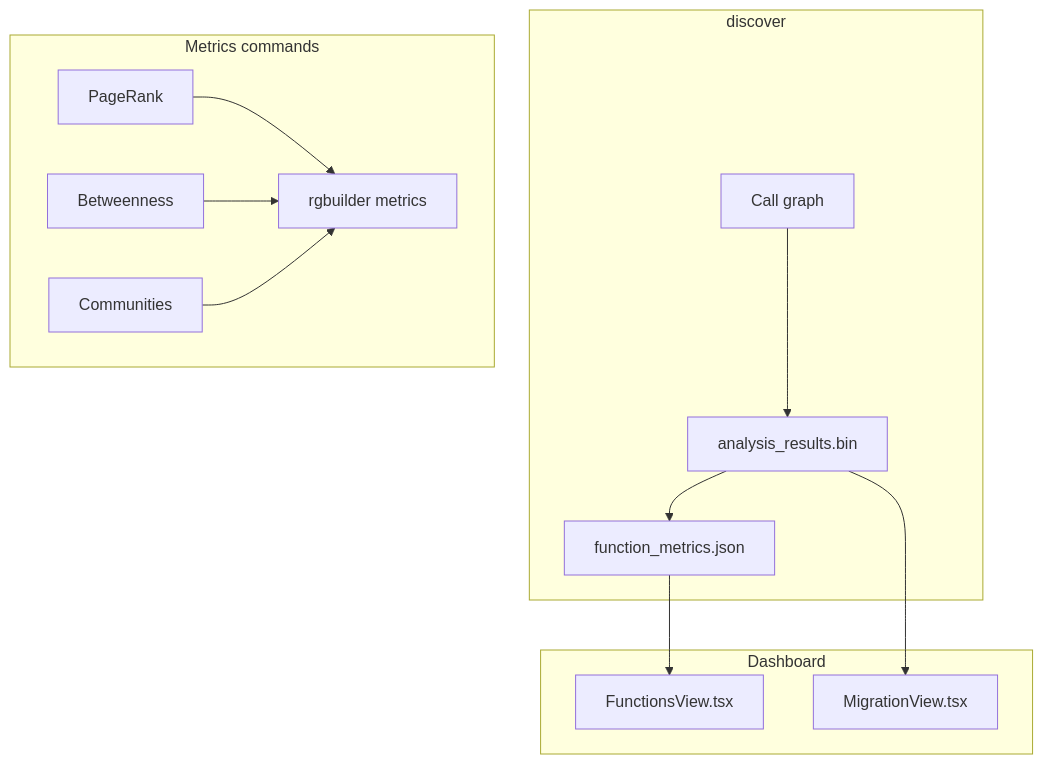
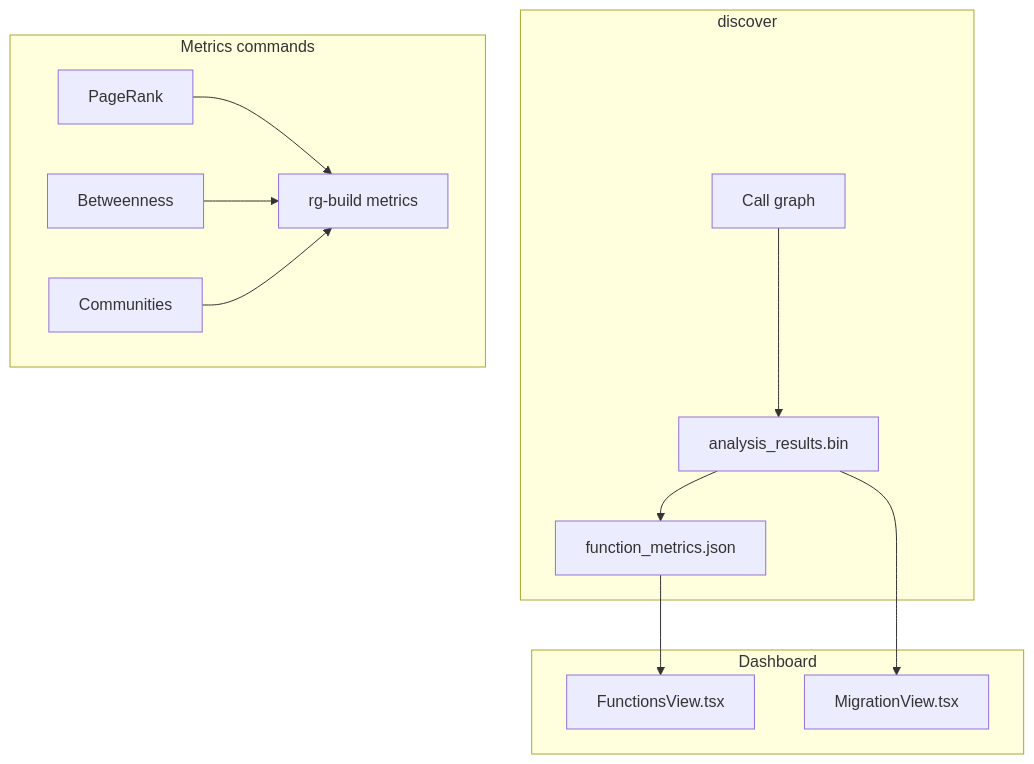
The diagram in docs/design/graph-metrics-design.md (l3acon/rgctl), drawn with Mermaid before and after one commit. The commit also changed other lines of this file and 152 other files, not shown here.

````diff
--- a/docs/design/graph-metrics-design.md
+++ b/docs/design/graph-metrics-design.md
@@ -24,27 +24,27 @@
 ```mermaid
 flowchart TB
   subgraph discover["discover"]
     G[Call graph]
     AR[analysis_results.bin]
     FM[function_metrics.json]
     G --> AR
     AR --> FM
   end
 
   subgraph metrics["Metrics commands"]
     PR[PageRank]
     BC[Betweenness]
     COM[Communities]
-    CLI[rgbuilder metrics]
+    CLI[rg-build metrics]
     PR --> CLI
     BC --> CLI
     COM --> CLI
   end
 
   subgraph ui["Dashboard"]
     FV[FunctionsView.tsx]
     MV[MigrationView.tsx]
     FM --> FV
     AR --> MV
   end
 ```
````
